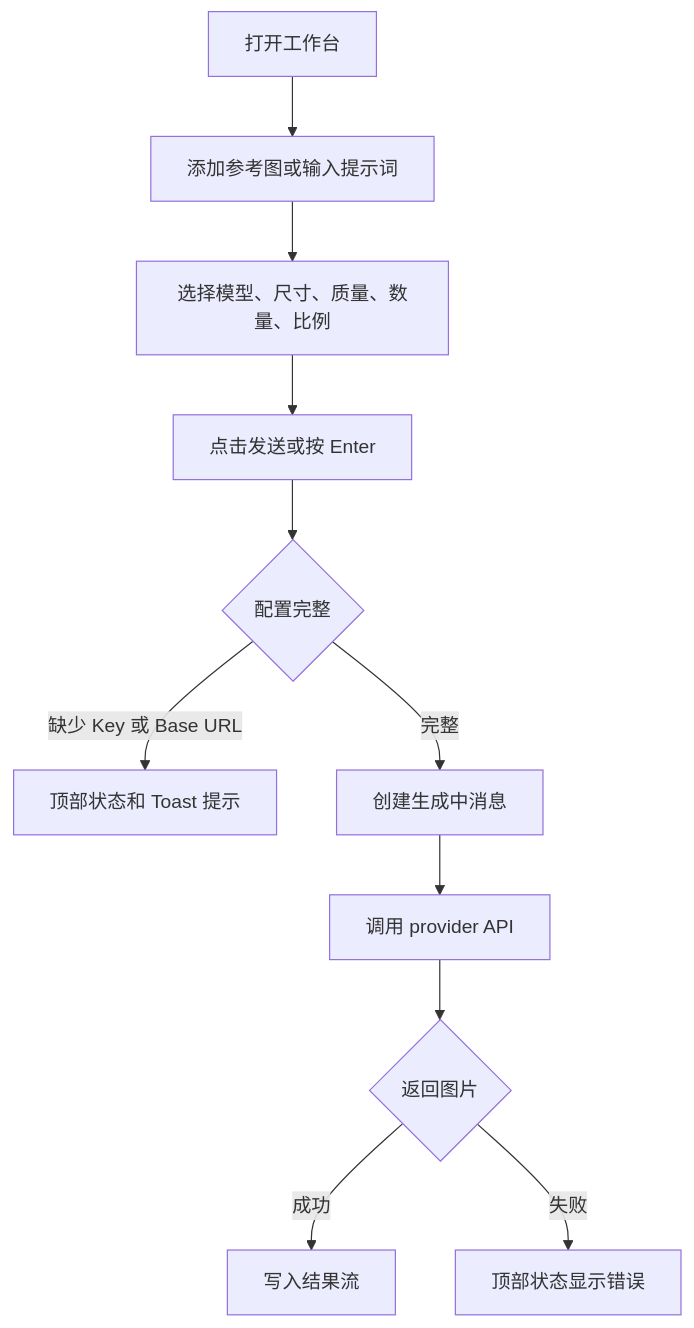
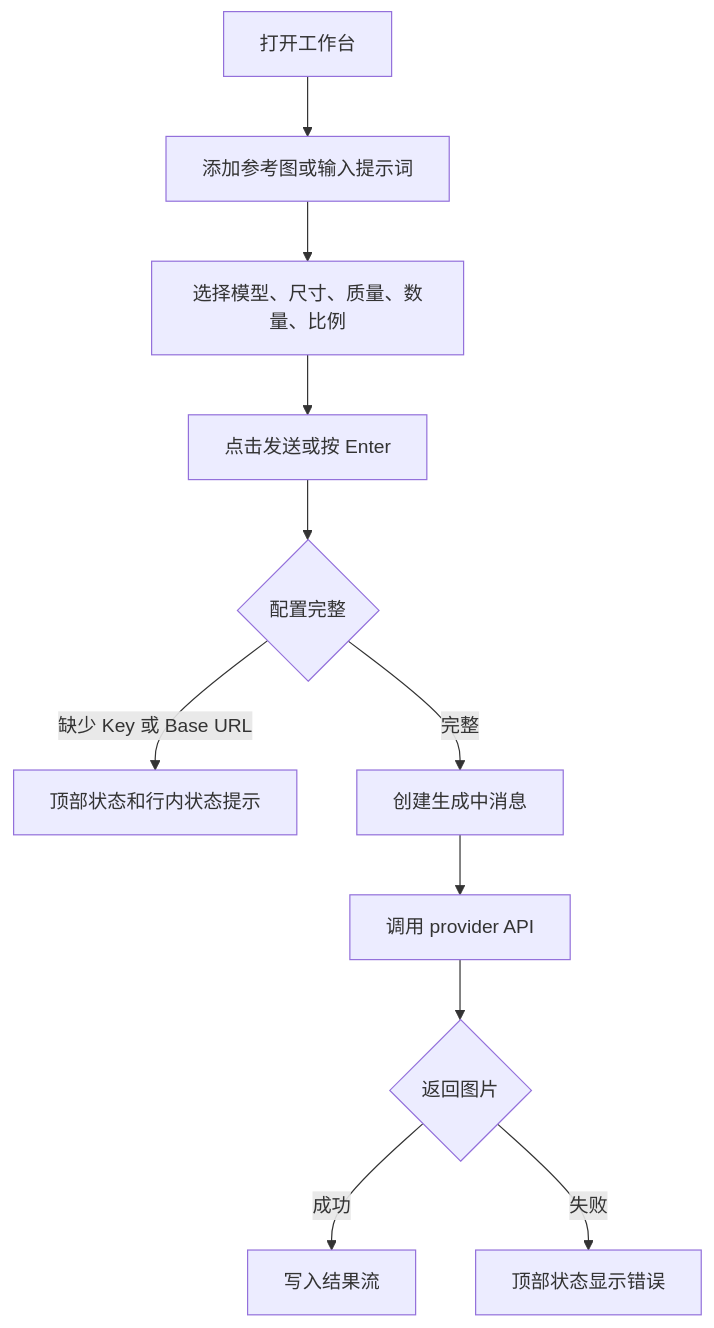
The diagram in docs/lightyear-banana-interaction-spec.md (CatREFuse/lightyear-banana), drawn with Mermaid before and after one commit. The commit also changed other lines of this file and 33 other files, not shown here.

````diff
--- a/docs/lightyear-banana-interaction-spec.md
+++ b/docs/lightyear-banana-interaction-spec.md
@@ -125,13 +126,13 @@
 ```mermaid
 flowchart TD
   A["打开工作台"] --> B["添加参考图或输入提示词"]
   B --> C["选择模型、尺寸、质量、数量、比例"]
   C --> D["点击发送或按 Enter"]
   D --> E{"配置完整"}
-  E -- "缺少 Key 或 Base URL" --> F["顶部状态和 Toast 提示"]
+  E -- "缺少 Key 或 Base URL" --> F["顶部状态和行内状态提示"]
   E -- "完整" --> G["创建生成中消息"]
   G --> H["调用 provider API"]
   H --> I{"返回图片"}
   I -- "成功" --> J["写入结果流"]
   I -- "失败" --> K["顶部状态显示错误"]
 ```
````
